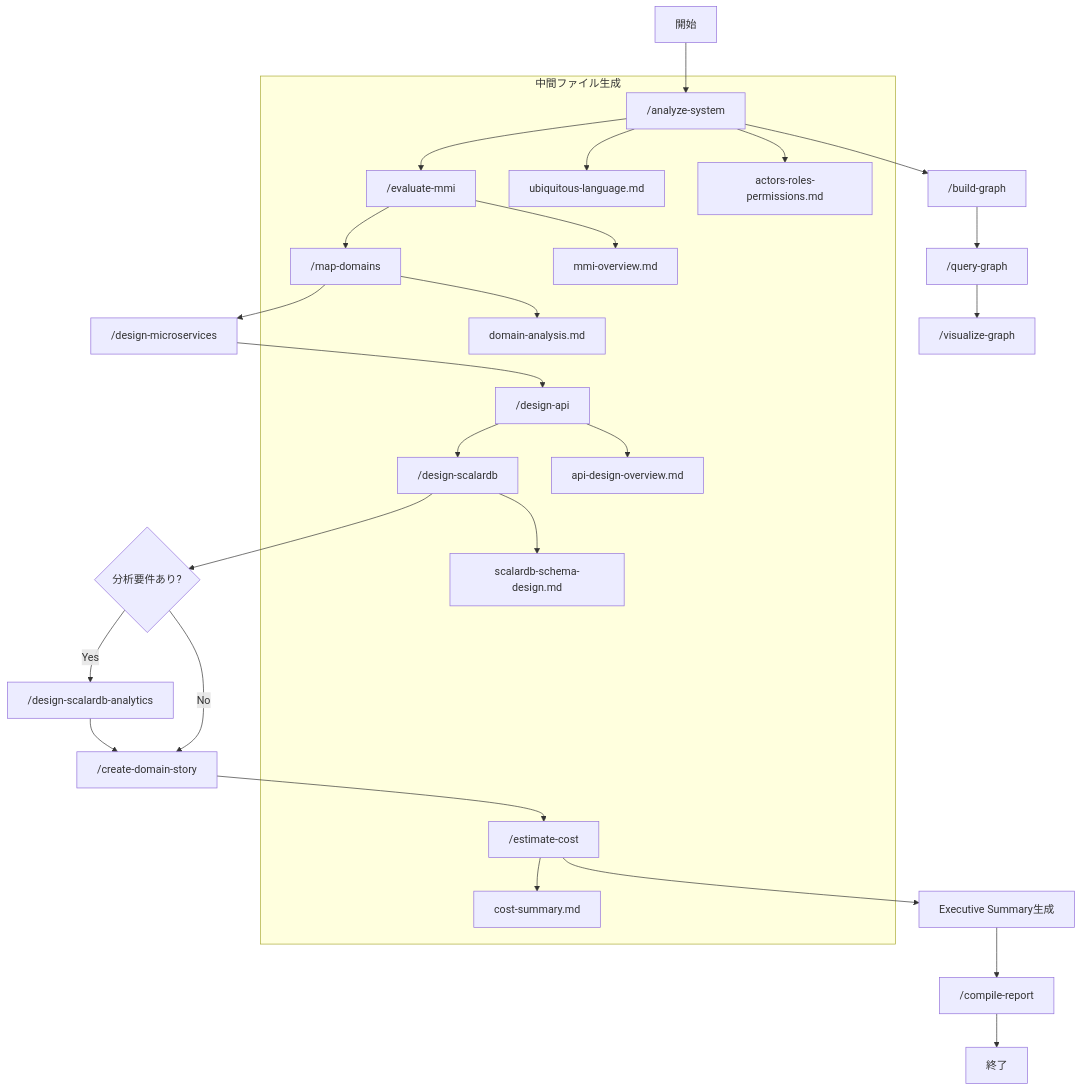
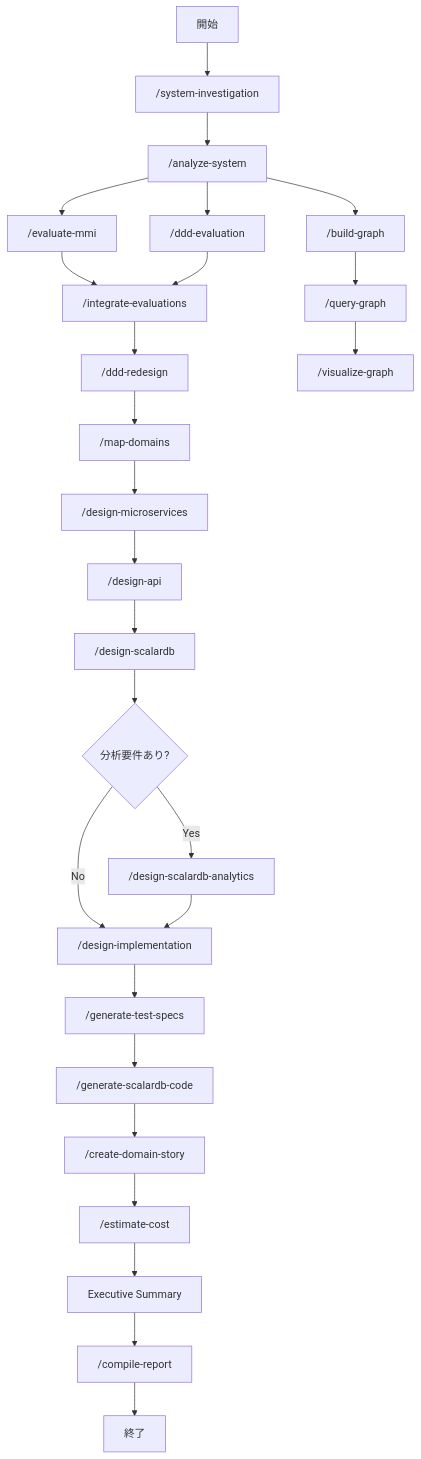
Before and after one commit to wfukatsu/rearchitect-agent: the first of 3 diagrams in README.md, drawn with Mermaid. The commit also changed other lines of this file and 90 other files, not shown here.

````diff
--- a/README.md
+++ b/README.md
@@ -306,31 +391,29 @@
 ```mermaid
 graph TD
-    A[開始] --> B["/analyze-system"]
-    B --> C["/evaluate-mmi"]
-    C --> D["/map-domains"]
-    D --> E["/design-microservices"]
-    E --> E2["/design-api"]
-    E2 --> F["/design-scalardb"]
-    F --> F2{分析要件あり?}
-    F2 -->|Yes| FA["/design-scalardb-analytics"]
-    F2 -->|No| G["/create-domain-story"]
-    FA --> G
-    G --> G2["/estimate-cost"]
-    G2 --> H["Executive Summary生成"]
-    H --> H2["/compile-report"]
-    H2 --> I["終了"]
+    A["開始"] --> P0["/system-investigation"]
+    P0 --> P1["/analyze-system"]
+    P1 --> P2a["/evaluate-mmi"]
+    P1 --> P2b["/ddd-evaluation"]
+    P2a --> P2c["/integrate-evaluations"]
+    P2b --> P2c
+    P2c --> P3["/ddd-redesign"]
+    P3 --> P4["/map-domains"]
+    P4 --> P5["/design-microservices"]
+    P5 --> P5a["/design-api"]
+    P5a --> P5b["/design-scalardb"]
+    P5b --> P5c{"分析要件あり?"}
+    P5c -->|Yes| P5d["/design-scalardb-analytics"]
+    P5c -->|No| P6
+    P5d --> P6["/design-implementation"]
+    P6 --> P7["/generate-test-specs"]
+    P7 --> P8["/generate-scalardb-code"]
+    P8 --> P9["/create-domain-story"]
+    P9 --> P10["/estimate-cost"]
+    P10 --> P11["Executive Summary"]
+    P11 --> P12["/compile-report"]
+    P12 --> P13["終了"]
 
-    B --> J["/build-graph"]
-    J --> K["/query-graph"]
-    K --> L["/visualize-graph"]
-
-    subgraph 中間ファイル生成
-        B --> B1[ubiquitous-language.md]
-        B --> B2[actors-roles-permissions.md]
-        C --> C1[mmi-overview.md]
-        D --> D1[domain-analysis.md]
-        E2 --> E3[api-design-overview.md]
-        F --> F1[scalardb-schema-design.md]
-        G2 --> G3[cost-summary.md]
-    end
+    P1 --> G1["/build-graph"]
+    G1 --> G2["/query-graph"]
+    G2 --> G3["/visualize-graph"]
 ```
````
